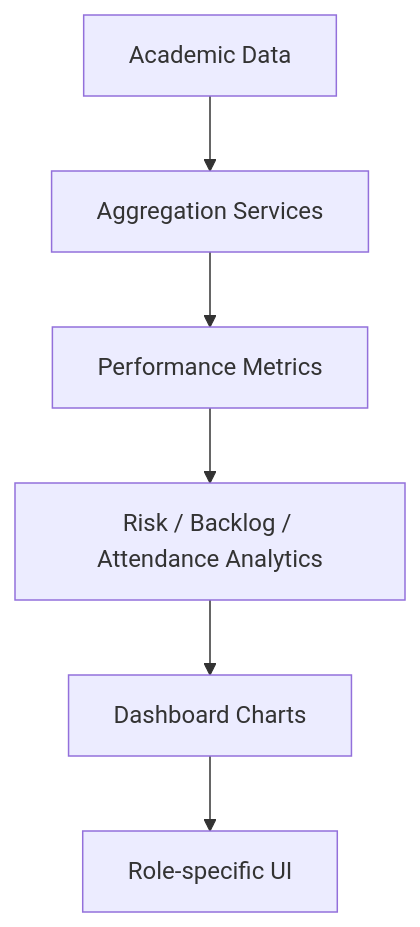
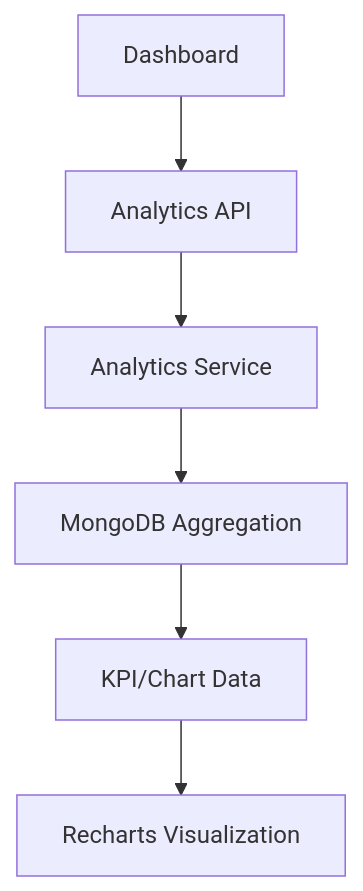
Before and after one commit to Ravi4348/Student-Academic-Management-System: the tenth of 11 diagrams in README.md, drawn with Mermaid. The commit also changed other lines of this file and 46 other files, not shown here.

````diff
--- a/README.md
+++ b/README.md
@@ -308,15 +303,15 @@
 ```mermaid
 flowchart TD
-    AcadData["Academic Data"]
-    AggServices["Aggregation Services"]
-    Metrics["Performance Metrics"]
-    Risk["Risk / Backlog / Attendance Analytics"]
-    DashCharts["Dashboard Charts"]
-    RoleUI["Role-specific UI"]
+    Dashboard["Dashboard"]
+    AnalyticsAPI["Analytics API"]
+    AnalyticsService["Analytics Service"]
+    MongoDB["MongoDB Aggregation"]
+    KPI["KPI/Chart Data"]
+    Recharts["Recharts Visualization"]
 
-    AcadData --> AggServices
-    AggServices --> Metrics
-    Metrics --> Risk
-    Risk --> DashCharts
-    DashCharts --> RoleUI
+    Dashboard --> AnalyticsAPI
+    AnalyticsAPI --> AnalyticsService
+    AnalyticsService --> MongoDB
+    MongoDB --> KPI
+    KPI --> Recharts
 ```
````
